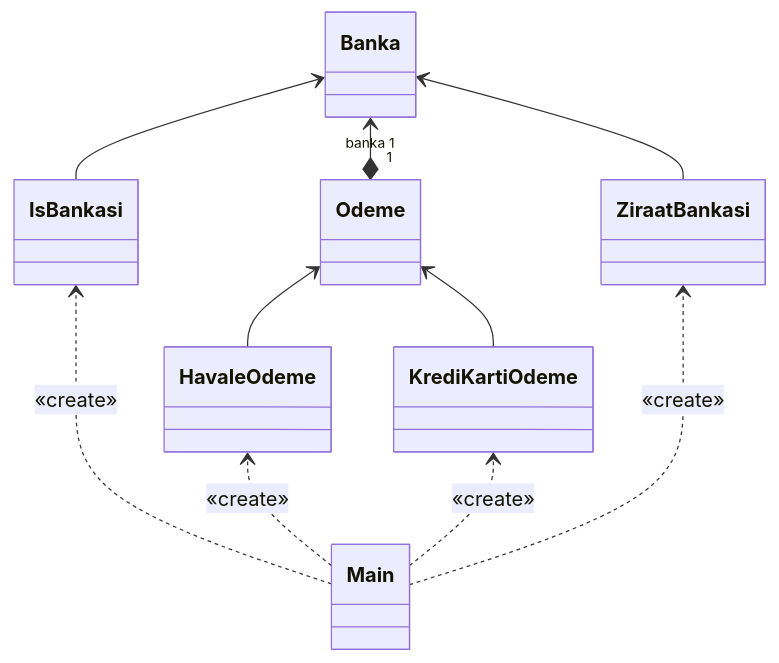
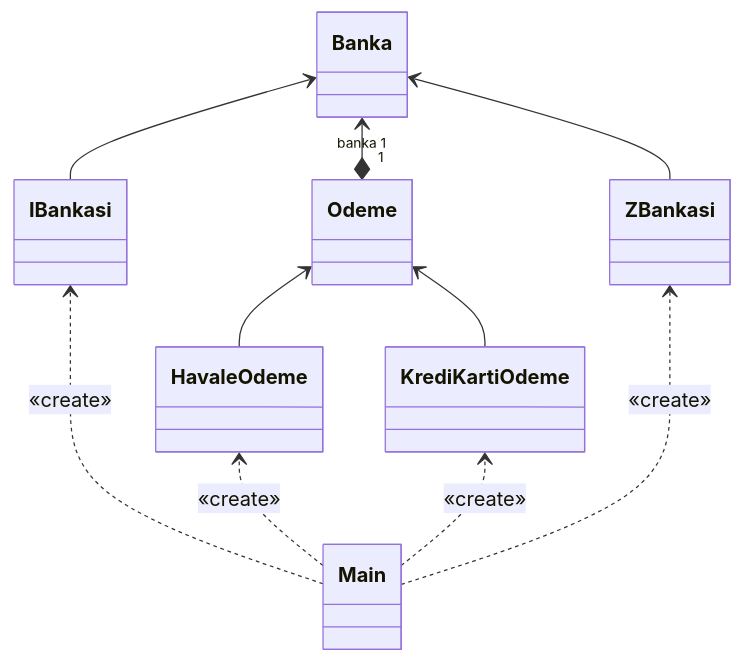
One commit to mcay51/design-pattern changed the second of 2 diagrams in structural/composite/README.md. Above: the diagram before and after it, drawn with Mermaid.

Commit message:
readme.md

````diff
--- a/structural/composite/README.md
+++ b/structural/composite/README.md
@@ -56,21 +56,21 @@
 ```mermaid
 classDiagram
 direction BT
 class Banka
 class HavaleOdeme
-class IsBankasi
+class IBankasi
 class KrediKartiOdeme
 class Main
 class Odeme
-class ZiraatBankasi
+class ZBankasi
 
 HavaleOdeme  -->  Odeme
-IsBankasi  -->  Banka
+IBankasi  -->  Banka
 KrediKartiOdeme  -->  Odeme
 Main  ..>  HavaleOdeme : «create»
-Main  ..>  IsBankasi : «create»
+Main  ..>  IBankasi : «create»
 Main  ..>  KrediKartiOdeme : «create»
-Main  ..>  ZiraatBankasi : «create»
+Main  ..>  ZBankasi : «create»
 Odeme "1" *--> "banka 1" Banka
-ZiraatBankasi  -->  Banka 
+ZBankasi  -->  Banka 
 ```
````
